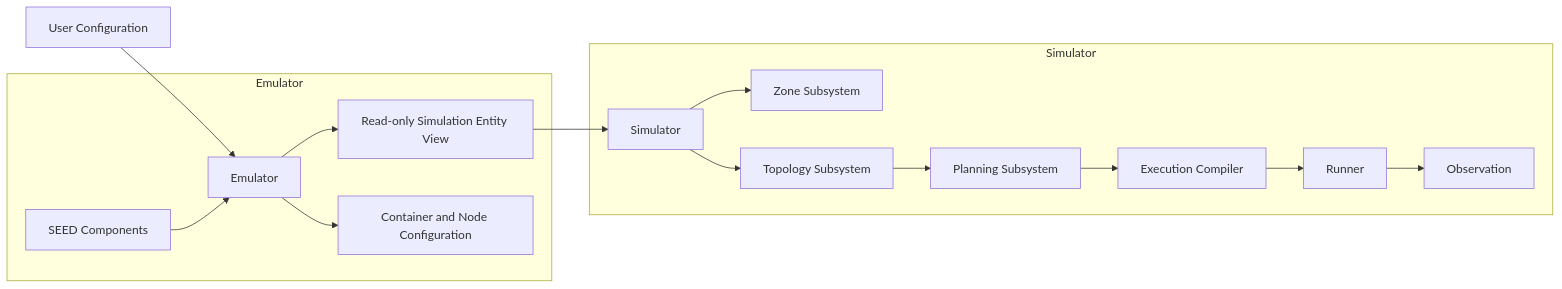
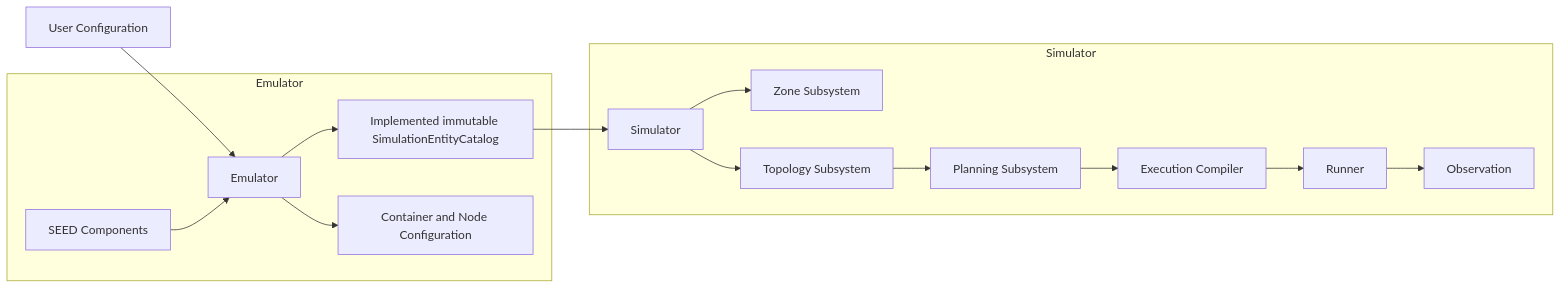
Before and after one commit to seed-labs/skyseed: the first of 10 diagrams in skyseed_v2/docs/architecture/diagrams.md, drawn with Mermaid. The commit also changed other lines of this file and 15 other files, not shown here.

````diff
--- a/skyseed_v2/docs/architecture/diagrams.md
+++ b/skyseed_v2/docs/architecture/diagrams.md
@@ -11,33 +11,33 @@
 ```mermaid
 flowchart LR
     User[User Configuration]
 
     subgraph Emulator
         Emu[Emulator]
         Seed[SEED Components]
-        Catalog[Read-only Simulation Entity View]
+        Catalog[Implemented immutable SimulationEntityCatalog]
         RuntimeNodes[Container and Node Configuration]
     end
 
     subgraph Simulator
         Simu[Simulator]
         Zone[Zone Subsystem]
         Topology[Topology Subsystem]
         Planner[Planning Subsystem]
         Compiler[Execution Compiler]
         Runner[Runner]
         Observer[Observation]
     end
 
     User --> Emu
     Seed --> Emu
     Emu --> RuntimeNodes
     Emu --> Catalog
     Catalog --> Simu
     Simu --> Zone
     Simu --> Topology
     Topology --> Planner
     Planner --> Compiler
     Compiler --> Runner
     Runner --> Observer
 ```
````
